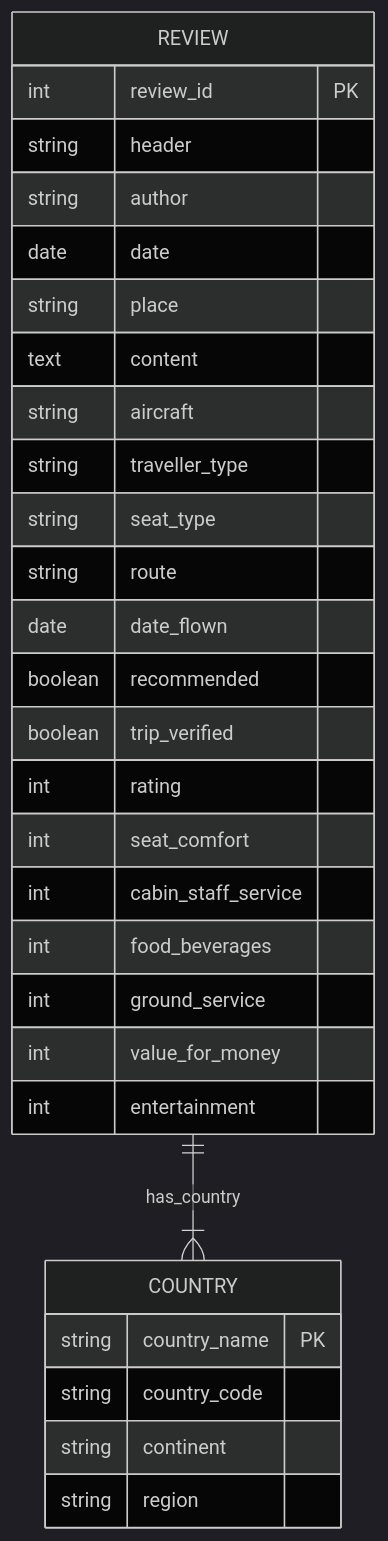
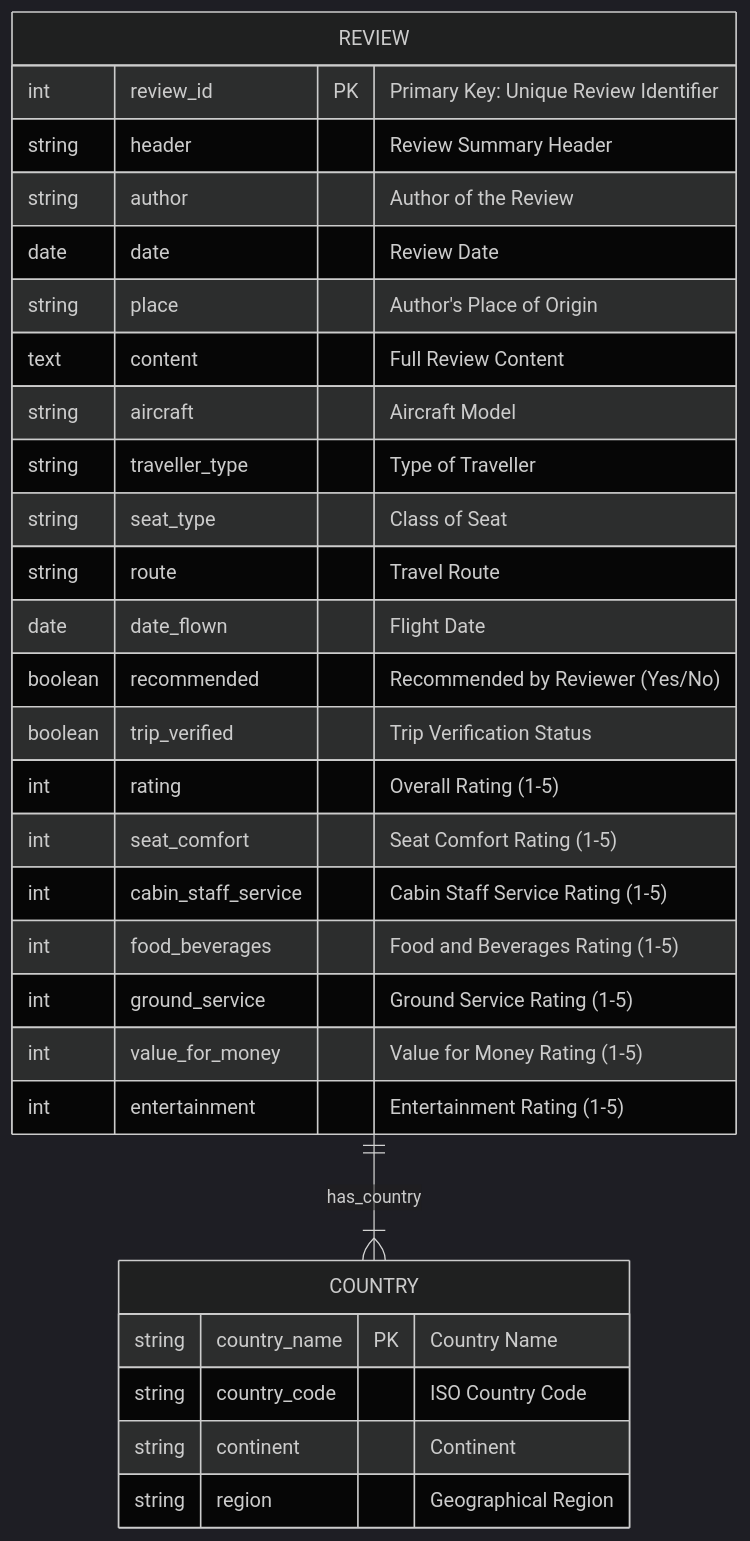
Before and after one commit to PrathamAnalytics/Project-British-Airways-Customer-Review: the diagram in README.md, drawn with Mermaid (dark theme). The commit also changed other lines of this file, not shown here.

````diff
--- a/README.md
+++ b/README.md
@@ -20,32 +39,36 @@
 ```mermaid
+%% Simplified ER Diagram for British Airways Review Analysis
 erDiagram
     REVIEW {
-        int review_id PK
-        string header
-        string author
-        date date
-        string place
-        text content
-        string aircraft
-        string traveller_type
-        string seat_type
-        string route
-        date date_flown
-        boolean recommended
-        boolean trip_verified
-        int rating
-        int seat_comfort
-        int cabin_staff_service
-        int food_beverages
-        int ground_service
-        int value_for_money
-        int entertainment
+        int review_id PK "Primary Key: Unique Review Identifier"
+        string header "Review Summary Header"
+        string author "Author of the Review"
+        date date "Review Date"
+        string place "Author's Place of Origin"
+        text content "Full Review Content"
+        string aircraft "Aircraft Model"
+        string traveller_type "Type of Traveller"
+        string seat_type "Class of Seat"
+        string route "Travel Route"
+        date date_flown "Flight Date"
+        boolean recommended "Recommended by Reviewer (Yes/No)"
+        boolean trip_verified "Trip Verification Status"
+        int rating "Overall Rating (1-5)"
+        int seat_comfort "Seat Comfort Rating (1-5)"
+        int cabin_staff_service "Cabin Staff Service Rating (1-5)"
+        int food_beverages "Food and Beverages Rating (1-5)"
+        int ground_service "Ground Service Rating (1-5)"
+        int value_for_money "Value for Money Rating (1-5)"
+        int entertainment "Entertainment Rating (1-5)"
     }
+    
     COUNTRY {
-        string country_name PK
-        string country_code
-        string continent
-        string region
+        string country_name PK "Country Name"
+        string country_code "ISO Country Code"
+        string continent "Continent"
+        string region "Geographical Region"
     }
-    REVIEW ||--|{ COUNTRY: has_country
+
+    REVIEW ||--|{ COUNTRY : "has_country"
+
 ```
````
